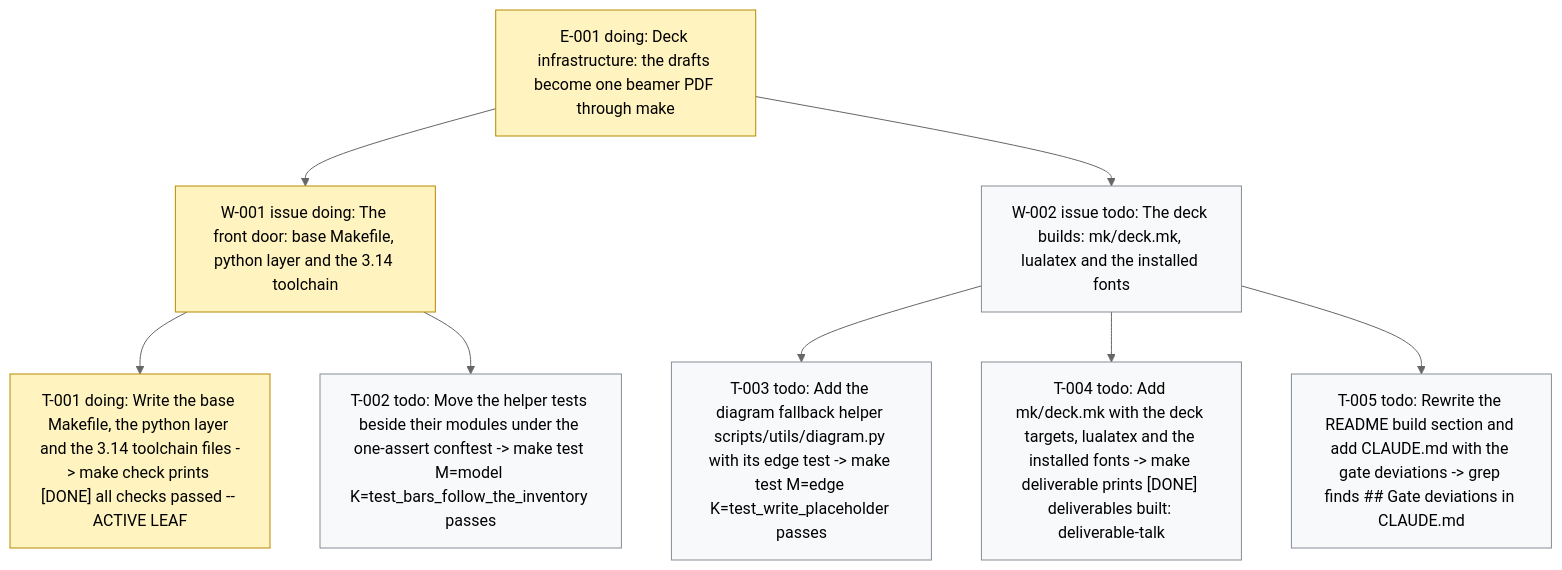
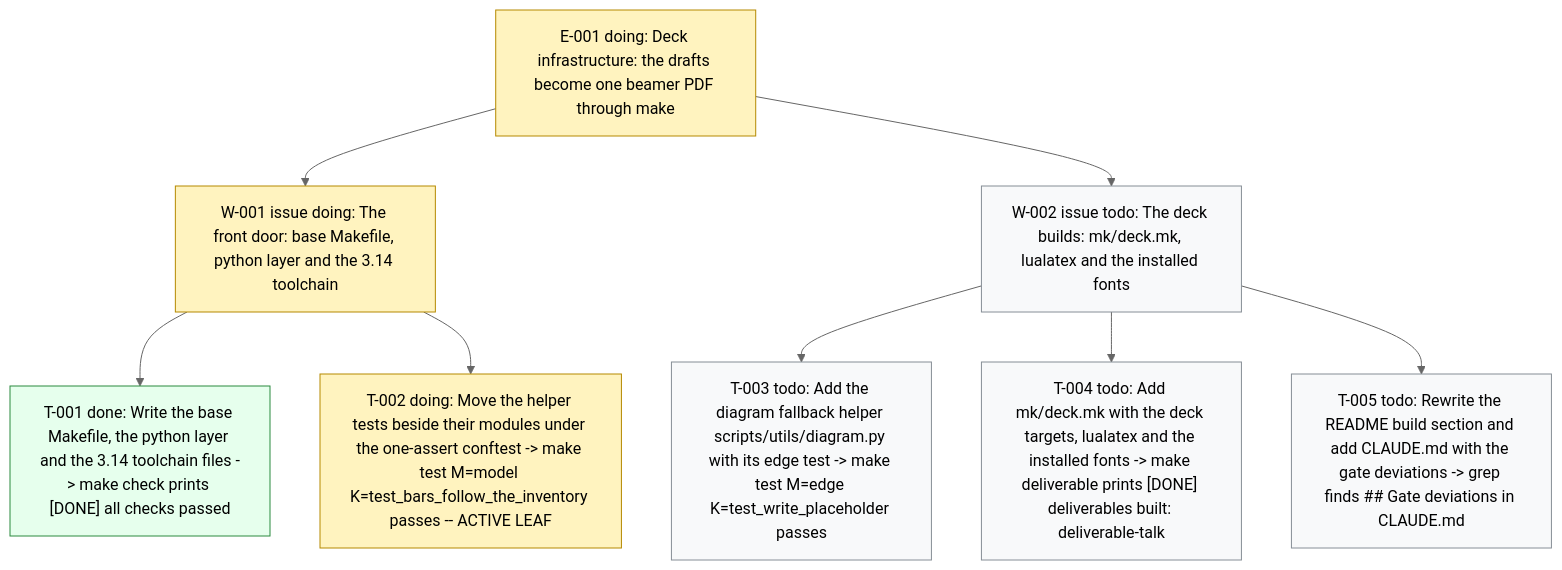
One commit to dpopchev/chaos-to-simple changed the diagram in .board/BOARD.md. Above: the diagram before and after it, drawn with Mermaid (neutral theme). The commit also changed other lines of this file and 2 other files, not shown here.

Commit message:
chore(board): close T-001, start T-002
Refs: W-001 T-001 T-002

````diff
--- a/.board/BOARD.md
+++ b/.board/BOARD.md
@@ -14,18 +14,19 @@
 ```mermaid
 flowchart TD
   E001["E-001 doing: Deck infrastructure: the drafts become one beamer PDF through make"]
   E001 --> W001["W-001 issue doing: The front door: base Makefile, python layer and the 3.14 toolchain"]
-  W001 --> T001["T-001 doing: Write the base Makefile, the python layer and the 3.14 toolchain files -> make check prints [DONE] all checks passed -- ACTIVE LEAF"]
-  W001 --> T002["T-002 todo: Move the helper tests beside their modules under the one-assert conftest -> make test M=model K=test_bars_follow_the_inventory passes"]
+  W001 --> T001["T-001 done: Write the base Makefile, the python layer and the 3.14 toolchain files -> make check prints [DONE] all checks passed"]
+  W001 --> T002["T-002 doing: Move the helper tests beside their modules under the one-assert conftest -> make test M=model K=test_bars_follow_the_inventory passes -- ACTIVE LEAF"]
   E001 --> W002["W-002 issue todo: The deck builds: mk/deck.mk, lualatex and the installed fonts"]
   W002 --> T003["T-003 todo: Add the diagram fallback helper scripts/utils/diagram.py with its edge test -> make test M=edge K=test_write_placeholder passes"]
   W002 --> T004["T-004 todo: Add mk/deck.mk with the deck targets, lualatex and the installed fonts -> make deliverable prints [DONE] deliverables built: deliverable-talk"]
   W002 --> T005["T-005 todo: Rewrite the README build section and add CLAUDE.md with the gate deviations -> grep finds ## Gate deviations in CLAUDE.md"]
   classDef doing fill:#fff3bf,stroke:#b58900,color:#000;
   classDef blocked fill:#ffe3e3,stroke:#c92a2a,color:#000;
   classDef done fill:#e6ffed,stroke:#2b8a3e,color:#000;
   classDef todo fill:#f8f9fa,stroke:#868e96,color:#000;
   classDef pruned fill:#f1f3f5,stroke:#adb5bd,color:#000;
-  class E001,W001,T001 doing
-  class T002,W002,T003,T004,T005 todo
+  class E001,W001,T002 doing
+  class T001 done
+  class W002,T003,T004,T005 todo
 ```
````
